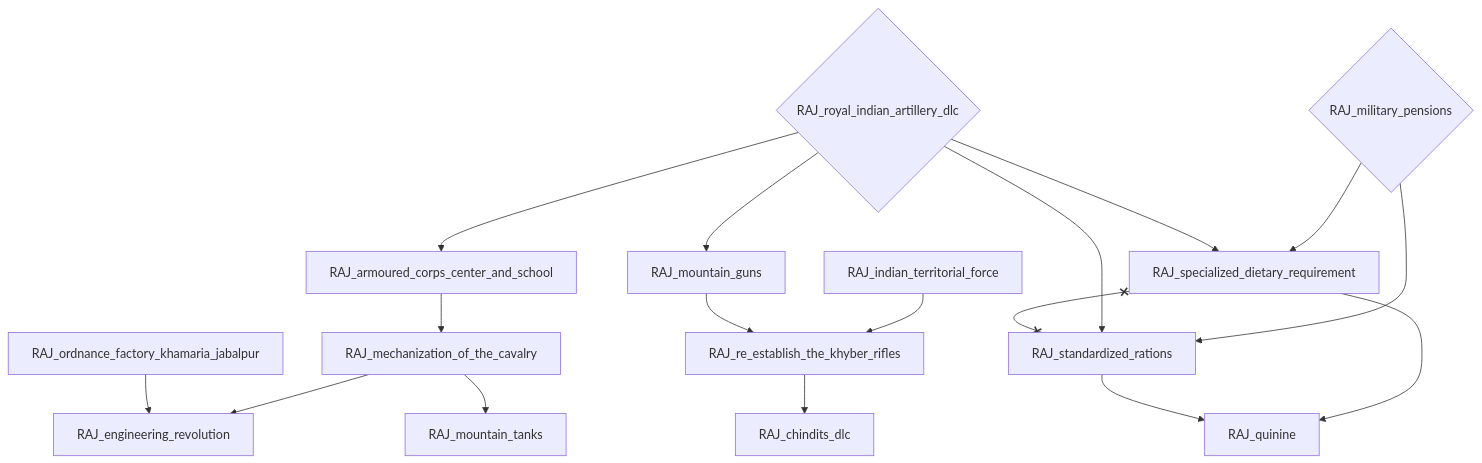
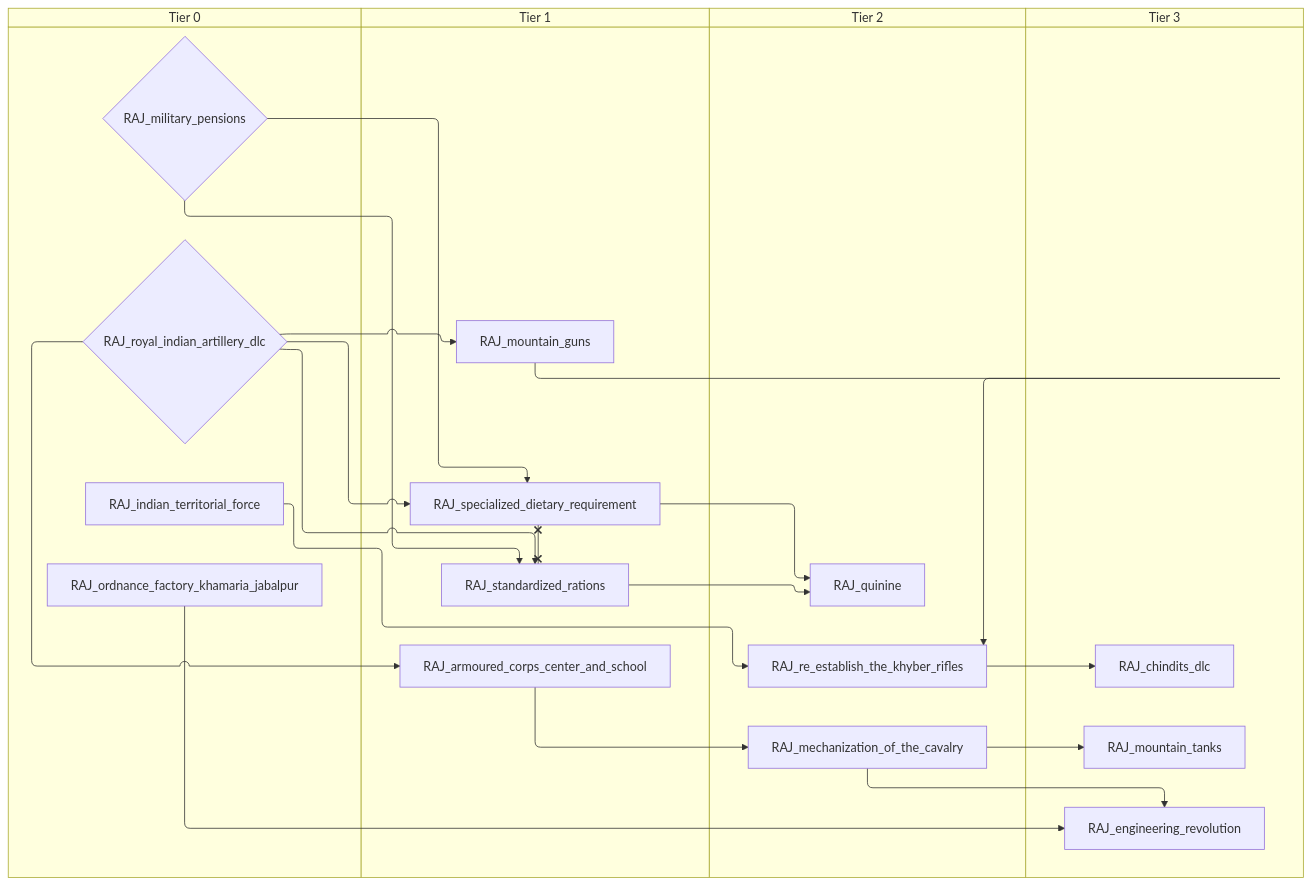
Diagram 12 of 13 in docs/gdd/National Focuses/india_goe.md (evgeny-sobol/hoi4-sandbox-mode), drawn with Mermaid before and after one commit. The commit also changed other lines of this file and 80 other files, not shown here.

First line of the commit message:
Add swimlane mode to focus graph exporter

````diff
--- a/docs/gdd/National Focuses/india_goe.md
+++ b/docs/gdd/National Focuses/india_goe.md
@@ -1004,33 +1160,41 @@
 ```mermaid
-flowchart TD
-    n395["RAJ_armoured_corps_center_and_school"]
-    n210["RAJ_chindits_dlc"]
-    n4["RAJ_engineering_revolution"]
-    n215["RAJ_indian_territorial_force"]
-    n6["RAJ_mechanization_of_the_cavalry"]
-    n206{"RAJ_military_pensions"}
-    n217["RAJ_mountain_guns"]
-    n396["RAJ_mountain_tanks"]
-    n8["RAJ_ordnance_factory_khamaria_jabalpur"]
-    n218["RAJ_quinine"]
-    n219["RAJ_re_establish_the_khyber_rifles"]
-    n220{"RAJ_royal_indian_artillery_dlc"}
-    n221["RAJ_specialized_dietary_requirement"]
-    n222["RAJ_standardized_rations"]
-    n220 --> n395
-    n219 --> n210
-    n6 --> n4
-    n8 --> n4
-    n395 --> n6
-    n220 --> n217
-    n6 --> n396
-    n221 --> n218
-    n222 --> n218
-    n215 --> n219
-    n217 --> n219
-    n206 --> n221
-    n220 --> n221
-    n206 --> n222
-    n220 --> n222
-    n221 x--x n222
+swimlane-beta TD
+    subgraph tier_0["Tier 0"]
+        n217["RAJ_indian_territorial_force"]
+        n202{"RAJ_military_pensions"}
+        n7["RAJ_ordnance_factory_khamaria_jabalpur"]
+        n211{"RAJ_royal_indian_artillery_dlc"}
+    end
+    subgraph tier_1["Tier 1"]
+        n395["RAJ_armoured_corps_center_and_school"]
+        n210["RAJ_mountain_guns"]
+        n214["RAJ_specialized_dietary_requirement"]
+        n215["RAJ_standardized_rations"]
+    end
+    subgraph tier_2["Tier 2"]
+        n2["RAJ_mechanization_of_the_cavalry"]
+        n218["RAJ_quinine"]
+        n223["RAJ_re_establish_the_khyber_rifles"]
+    end
+    subgraph tier_3["Tier 3"]
+        n224["RAJ_chindits_dlc"]
+        n10["RAJ_engineering_revolution"]
+        n396["RAJ_mountain_tanks"]
+    end
+    n211 --> n395
+    n223 --> n224
+    n2 --> n10
+    n7 --> n10
+    n395 --> n2
+    n211 --> n210
+    n2 --> n396
+    n214 --> n218
+    n215 --> n218
+    n217 --> n223
+    n210 --> n223
+    n202 --> n214
+    n211 --> n214
+    n202 --> n215
+    n211 --> n215
+    n214 x--x n215
 ```
````
